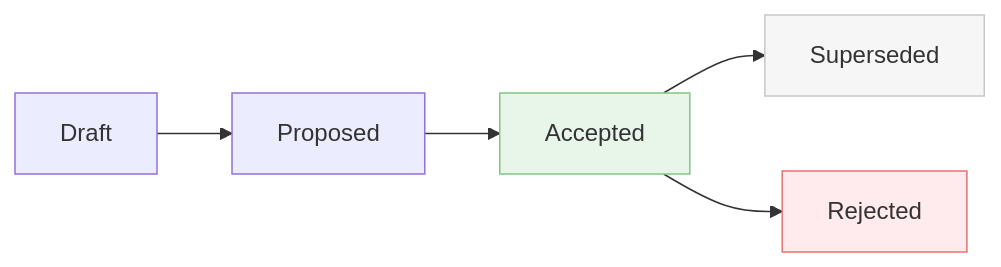
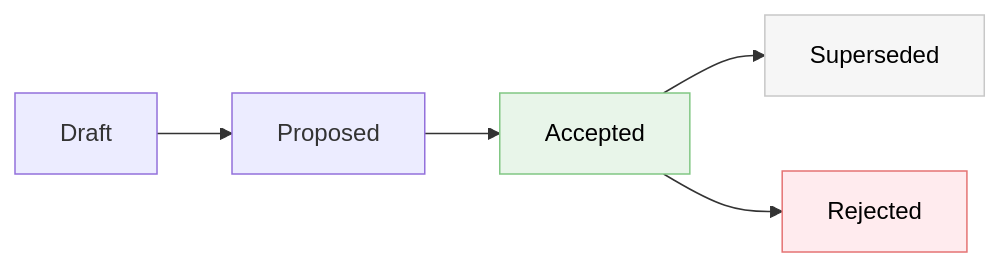
One commit to dinekt/dinekt-wiki changed the second of 2 diagrams in docs/tools/adr-参照コマンドによる意思決定の継承.md. Above: the diagram before and after it, drawn with Mermaid. The commit also changed other lines of this file and 71 other files, not shown here.

First line of the commit message:
fix: mermaid readability + remove GitHub repo toolbar

````diff
--- a/docs/tools/adr-参照コマンドによる意思決定の継承.md
+++ b/docs/tools/adr-参照コマンドによる意思決定の継承.md
@@ -72,11 +72,11 @@
 ```mermaid
 flowchart LR
     D[Draft] --> P[Proposed]
     P --> A[Accepted]
     A --> S[Superseded]
     A --> R[Rejected]
 
-    style A fill:#e8f5e9,stroke:#81c784
-    style S fill:#f6f6f6,stroke:#c8c8c8
-    style R fill:#ffebee,stroke:#e57373
+    style A fill:#e8f5e9,stroke:#81c784,color:#000
+    style S fill:#f6f6f6,stroke:#c8c8c8,color:#000
+    style R fill:#ffebee,stroke:#e57373,color:#000
 ```
````
